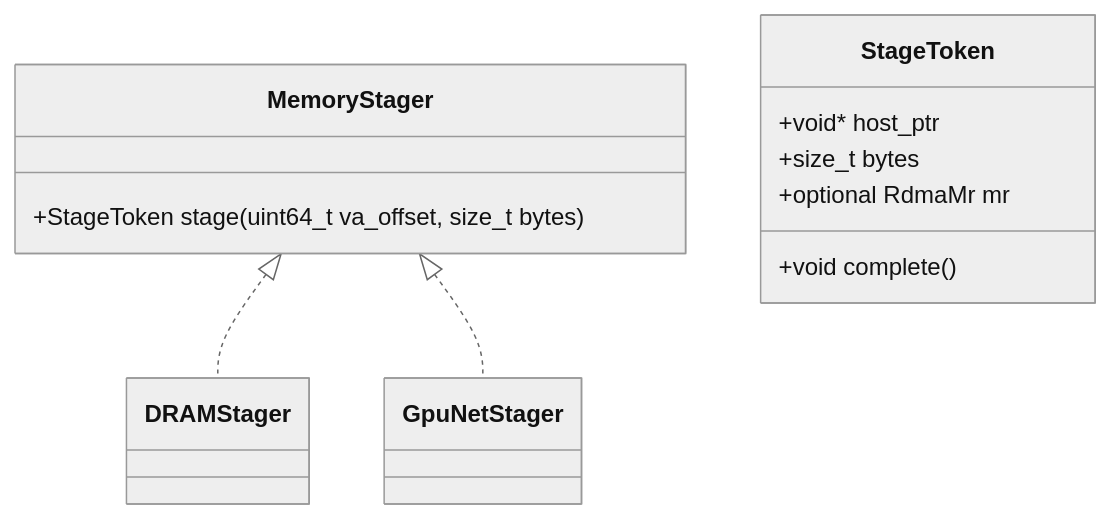
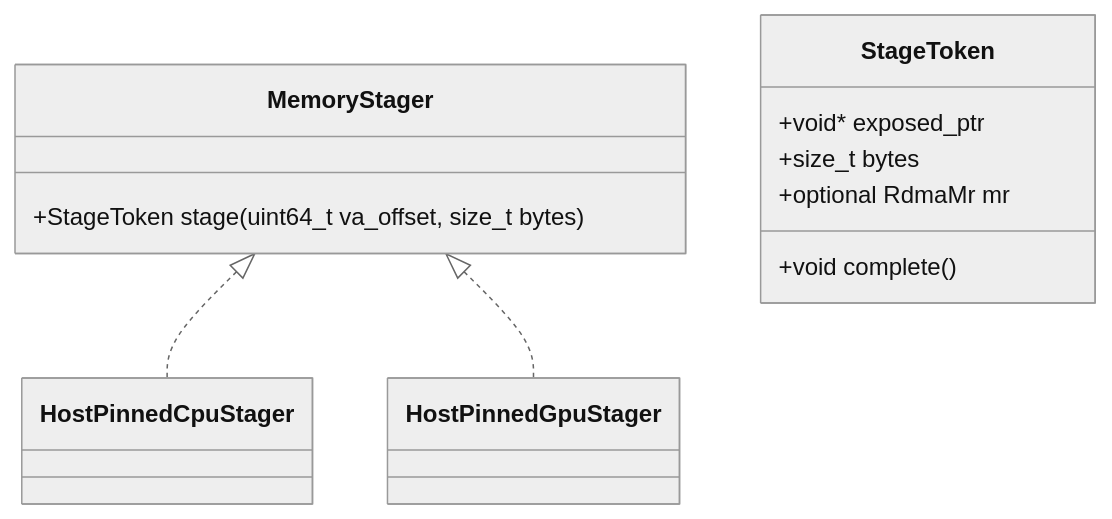
Before and after one commit to tensorcast-ai/tensorcast: the first of 2 diagrams in docs/designs/0006-unified-memory-stager-and-staged-p2p.md, drawn with Mermaid (neutral theme). The commit also changed other lines of this file and 41 other files, not shown here.

````diff
--- a/docs/designs/0006-unified-memory-stager-and-staged-p2p.md
+++ b/docs/designs/0006-unified-memory-stager-and-staged-p2p.md
@@ -46,16 +46,16 @@
 ```mermaid
 classDiagram
 class MemoryStager {
   +StageToken stage(uint64_t va_offset, size_t bytes)
 }
 class StageToken {
-  +void* host_ptr
+  +void* exposed_ptr
   +size_t bytes
   +optional RdmaMr mr
   +void complete()
 }
-class DRAMStager
-class GpuNetStager
-MemoryStager <|.. DRAMStager
-MemoryStager <|.. GpuNetStager
+class HostPinnedCpuStager
+class HostPinnedGpuStager
+MemoryStager <|.. HostPinnedCpuStager
+MemoryStager <|.. HostPinnedGpuStager
 ```
````
